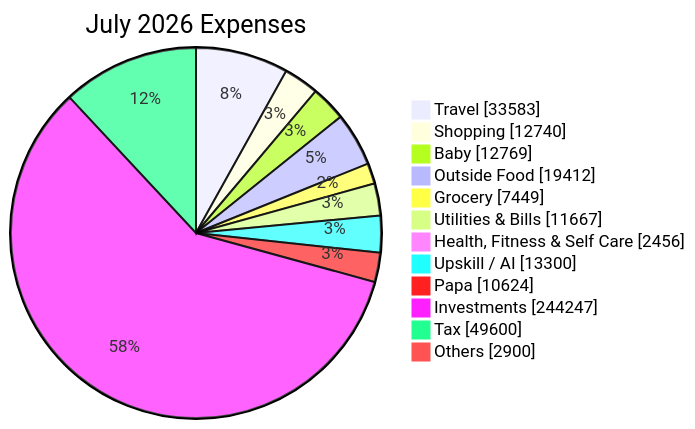
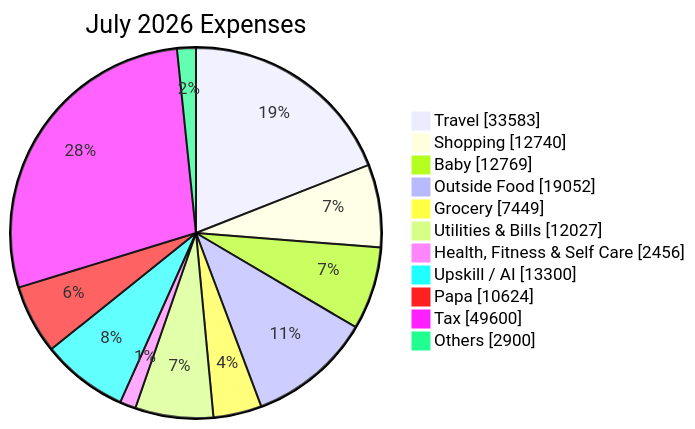
One commit to sachin-hg/expense-reporter changed the second of 3 diagrams in reports/2026-07.md. Above: the diagram before and after it, drawn with Mermaid. The commit also changed other lines of this file and 11 other files, not shown here.

First line of the commit message:
Exclude investments from main trend chart; add separate investments bar chart

````diff
--- a/reports/2026-07.md
+++ b/reports/2026-07.md
@@ -52,16 +51,15 @@
 ```mermaid
 pie showData
     title July 2026 Expenses
     "Travel" : 33583
     "Shopping" : 12740
     "Baby" : 12769
-    "Outside Food" : 19412
+    "Outside Food" : 19052
     "Grocery" : 7449
-    "Utilities & Bills" : 11667
+    "Utilities & Bills" : 12027
     "Health, Fitness & Self Care" : 2456
     "Upskill / AI" : 13300
     "Papa" : 10624
-    "Investments" : 244247
     "Tax" : 49600
     "Others" : 2900
 ```
````
